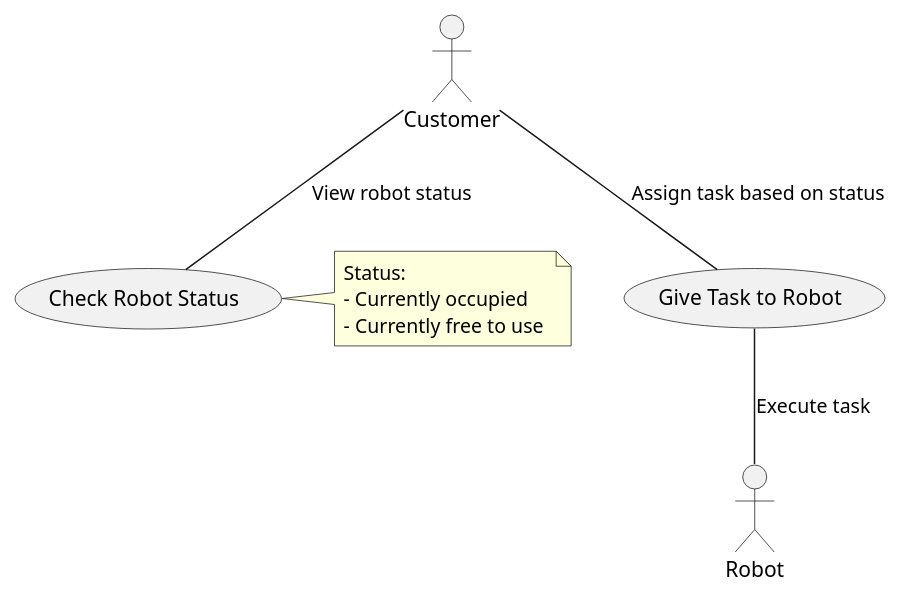
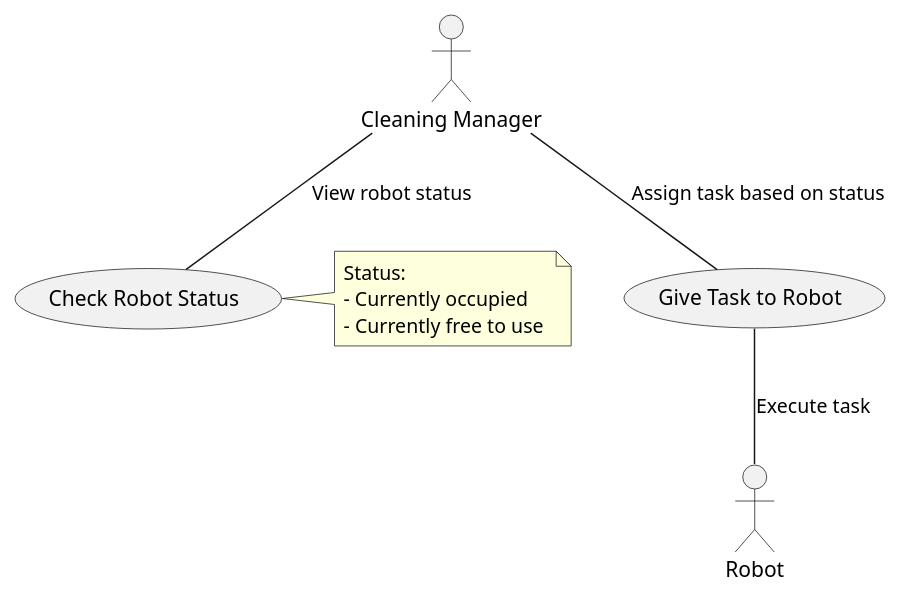
One commit to ur-cs-courses/course-project-catch-up changed the diagram in docs/design/usecases/usecase4.puml. Above: the diagram before and after it, drawn with PlantUML. The commit also changed 13 other files, not shown here.

Commit message:
Changed customer to cleaning manager& updated pngs

```diff
--- a/docs/design/usecases/usecase4.puml
+++ b/docs/design/usecases/usecase4.puml
@@ -1,18 +1,18 @@
 @startuml
 
-actor Customer as C
+actor "Cleaning Manager" as C
 actor Robot as R
 
 usecase Robot_status as "Check Robot Status"
 usecase Give_Task as "Give Task to Robot"
 
 C -- Robot_status: "View robot status"
 C -- Give_Task: "Assign task based on status"
 Give_Task -- R: "Execute task"
 
 note right of Robot_status
     Status: 
     - Currently occupied 
     - Currently free to use 
 end note 
 @enduml
```
